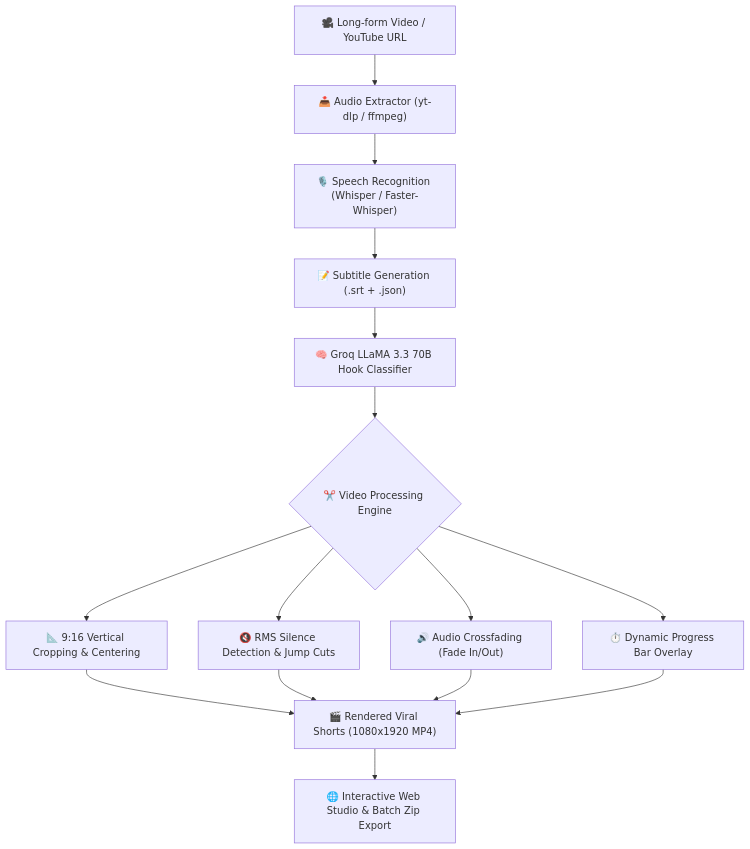
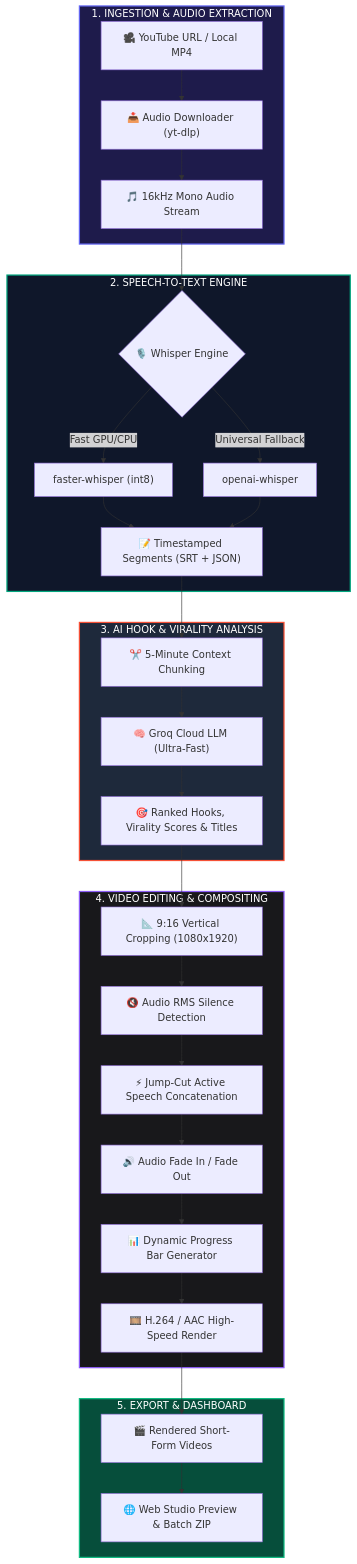
Before and after one commit to dhruv-lx/CLIPO: the diagram in README.md, drawn with Mermaid. The commit also changed other lines of this file and 1 other file, not shown here.

Commit message:
docs: overhaul README with animated typing banner, SaaS dashboard mockup, enhanced mermaid architecture, and comparison matrix

````diff
--- a/README.md
+++ b/README.md
@@ -44,14 +153,40 @@
 ```mermaid
 flowchart TD
-    A["🎥 Long-form Video / YouTube URL"] --> B["📥 Audio Extractor (yt-dlp / ffmpeg)"]
-    B --> C["🎙️ Speech Recognition (Whisper / Faster-Whisper)"]
-    C --> D["📝 Subtitle Generation (.srt + .json)"]
-    D --> E["🧠 Groq LLaMA 3.3 70B Hook Classifier"]
-    E --> F{"✂️ Video Processing Engine"}
-    F --> G["📐 9:16 Vertical Cropping & Centering"]
-    F --> H["🔇 RMS Silence Detection & Jump Cuts"]
-    F --> I["🔊 Audio Crossfading (Fade In/Out)"]
-    F --> J["⏱️ Dynamic Progress Bar Overlay"]
-    G & H & I & J --> K["🎬 Rendered Viral Shorts (1080x1920 MP4)"]
-    K --> L["🌐 Interactive Web Studio & Batch Zip Export"]
+    subgraph INGESTION["1. INGESTION & AUDIO EXTRACTION"]
+        A["🎥 YouTube URL / Local MP4"] --> B["📥 Audio Downloader (yt-dlp)"]
+        B --> C["🎵 16kHz Mono Audio Stream"]
+    end
+
+    subgraph TRANSCRIPTION["2. SPEECH-TO-TEXT ENGINE"]
+        C --> D{"🎙️ Whisper Engine"}
+        D -->|"Fast GPU/CPU"| E["faster-whisper (int8)"]
+        D -->|"Universal Fallback"| F["openai-whisper"]
+        E & F --> G["📝 Timestamped Segments (SRT + JSON)"]
+    end
+
+    subgraph AI_HOOKS["3. AI HOOK & VIRALITY ANALYSIS"]
+        G --> H["✂️ 5-Minute Context Chunking"]
+        H --> I["🧠 Groq Cloud LLM (Ultra-Fast)"]
+        I --> J["🎯 Ranked Hooks, Virality Scores & Titles"]
+    end
+
+    subgraph VIDEO_CORE["4. VIDEO EDITING & COMPOSITING"]
+        J --> K["📐 9:16 Vertical Cropping (1080x1920)"]
+        K --> L["🔇 Audio RMS Silence Detection"]
+        L --> M["⚡ Jump-Cut Active Speech Concatenation"]
+        M --> N["🔊 Audio Fade In / Fade Out"]
+        N --> O["📊 Dynamic Progress Bar Generator"]
+        O --> P["🎞️ H.264 / AAC High-Speed Render"]
+    end
+
+    subgraph OUTPUT["5. EXPORT & DASHBOARD"]
+        P --> Q["🎬 Rendered Short-Form Videos"]
+        Q --> R["🌐 Web Studio Preview & Batch ZIP"]
+    end
+
+    style INGESTION fill:#1E1B4B,stroke:#6366F1,stroke-width:2px,color:#fff
+    style TRANSCRIPTION fill:#0F172A,stroke:#00A67E,stroke-width:2px,color:#fff
+    style AI_HOOKS fill:#1E293B,stroke:#F55036,stroke-width:2px,color:#fff
+    style VIDEO_CORE fill:#18181B,stroke:#8B5CF6,stroke-width:2px,color:#fff
+    style OUTPUT fill:#064E3B,stroke:#10B981,stroke-width:2px,color:#fff
 ```
````
